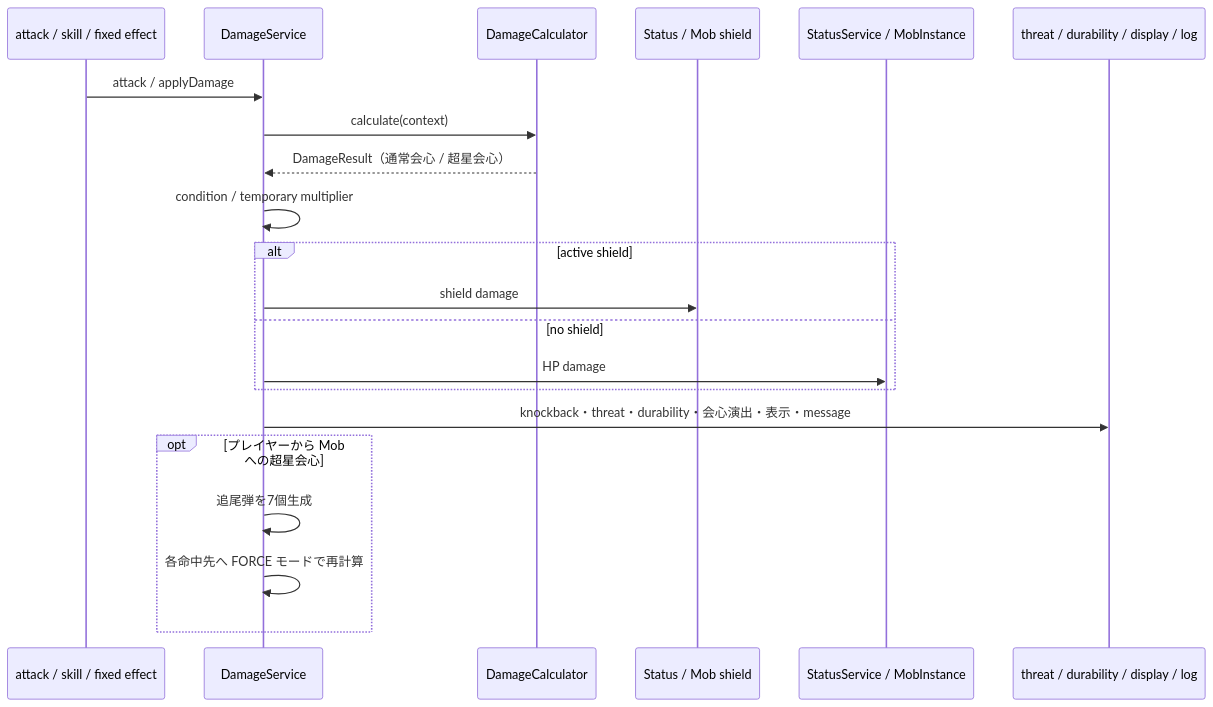
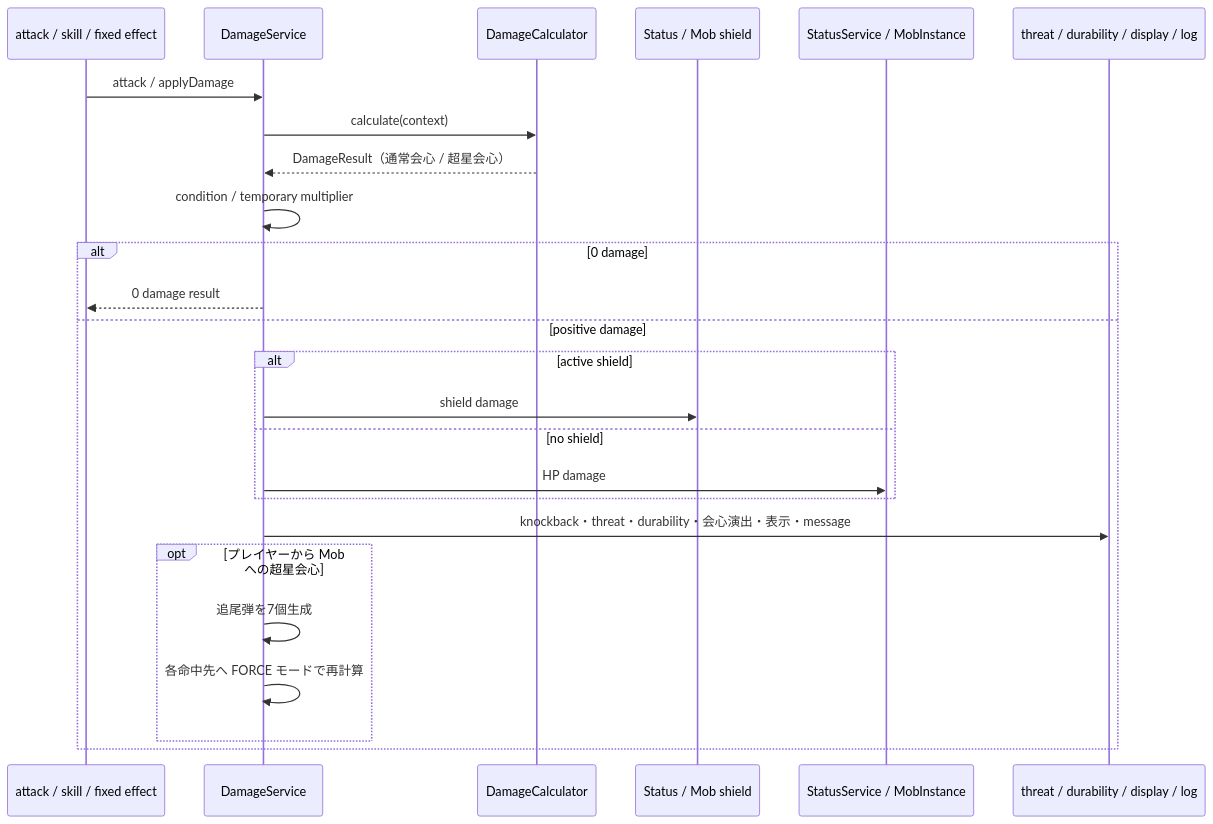
Before and after one commit to maaasu/AstralRecord-Workspace: the second of 3 diagrams in 00_docs/10_Plugin設計書/feature/14-combat/14_4-統合フロー.md, drawn with Mermaid. The commit also changed other lines of this file and 12 other files, not shown here.

````diff
--- a/00_docs/10_Plugin設計書/feature/14-combat/14_4-統合フロー.md
+++ b/00_docs/10_Plugin設計書/feature/14-combat/14_4-統合フロー.md
@@ -45,24 +45,28 @@
 ```mermaid
 sequenceDiagram
     participant Source as attack / skill / fixed effect
     participant Service as DamageService
     participant Calc as DamageCalculator
     participant Shield as Status / Mob shield
     participant HP as StatusService / MobInstance
     participant Side as threat / durability / display / log
 
     Source->>Service: attack / applyDamage
     Service->>Calc: calculate(context)
     Calc-->>Service: DamageResult（通常会心 / 超星会心）
     Service->>Service: condition / temporary multiplier
-    alt active shield
-        Service->>Shield: shield damage
-    else no shield
-        Service->>HP: HP damage
-    end
-    Service->>Side: knockback・threat・durability・会心演出・表示・message
-    opt プレイヤーから Mob への超星会心
-        Service->>Service: 追尾弾を7個生成
-        Service->>Service: 各命中先へ FORCE モードで再計算
+    alt 0 damage
+        Service-->>Source: 0 damage result
+    else positive damage
+        alt active shield
+            Service->>Shield: shield damage
+        else no shield
+            Service->>HP: HP damage
+        end
+        Service->>Side: knockback・threat・durability・会心演出・表示・message
+        opt プレイヤーから Mob への超星会心
+            Service->>Service: 追尾弾を7個生成
+            Service->>Service: 各命中先へ FORCE モードで再計算
+        end
     end
 ```
````
